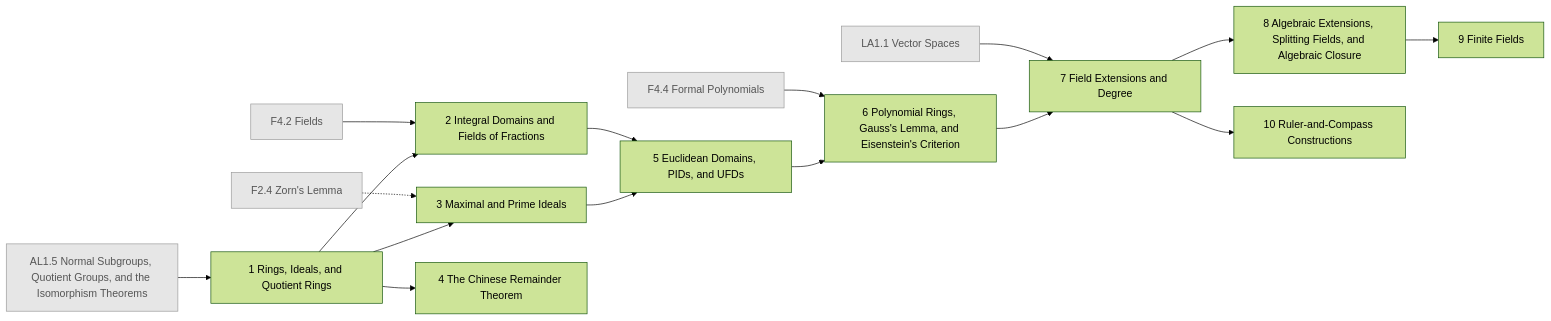
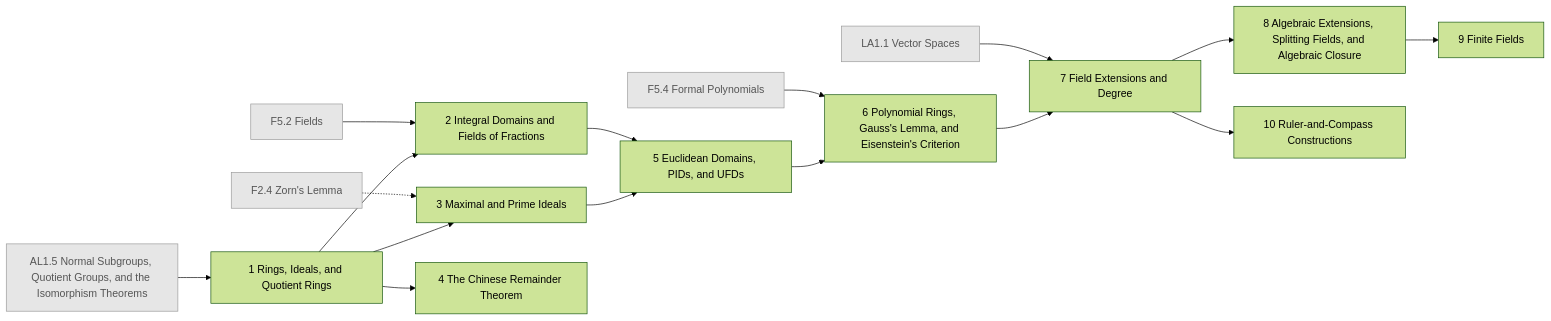
Before and after one commit to AkizumiFox/math-atlas: the diagram in generated/chapters/AL2.mmd, drawn with Mermaid (forest theme). The commit also changed 41 other files, not shown here.

```diff
--- a/generated/chapters/AL2.mmd
+++ b/generated/chapters/AL2.mmd
@@ -1,34 +1,34 @@
 flowchart LR
   F2_4["F2.4 Zorn's Lemma"]:::ext
-  F4_2["F4.2 Fields"]:::ext
-  F4_4["F4.4 Formal Polynomials"]:::ext
+  F5_2["F5.2 Fields"]:::ext
+  F5_4["F5.4 Formal Polynomials"]:::ext
   LA1_1["LA1.1 Vector Spaces"]:::ext
   AL1_5["AL1.5 Normal Subgroups, Quotient Groups, and the Isomorphism Theorems"]:::ext
   AL2_1["1 Rings, Ideals, and Quotient Rings"]
   AL2_2["2 Integral Domains and Fields of Fractions"]
   AL2_3["3 Maximal and Prime Ideals"]
   AL2_4["4 The Chinese Remainder Theorem"]
   AL2_5["5 Euclidean Domains, PIDs, and UFDs"]
   AL2_6["6 Polynomial Rings, Gauss's Lemma, and Eisenstein's Criterion"]
   AL2_7["7 Field Extensions and Degree"]
   AL2_8["8 Algebraic Extensions, Splitting Fields, and Algebraic Closure"]
   AL2_9["9 Finite Fields"]
   AL2_10["10 Ruler-and-Compass Constructions"]
   AL1_5 --> AL2_1
-  F4_2 --> AL2_2
+  F5_2 --> AL2_2
   AL2_1 --> AL2_2
   F2_4 -.-> AL2_3
   AL2_1 --> AL2_3
   AL2_1 --> AL2_4
   AL2_2 --> AL2_5
   AL2_3 --> AL2_5
-  F4_4 --> AL2_6
+  F5_4 --> AL2_6
   AL2_5 --> AL2_6
   LA1_1 --> AL2_7
   AL2_6 --> AL2_7
   AL2_7 --> AL2_8
   AL2_8 --> AL2_9
   AL2_7 --> AL2_10
   classDef ext fill:#e6e6e6,stroke:#999,color:#555
   classDef opt fill:#fff,stroke:#999,stroke-dasharray:4 3,color:#555
   classDef segb fill:#f6f6fb,stroke:#99a,color:#333
```
